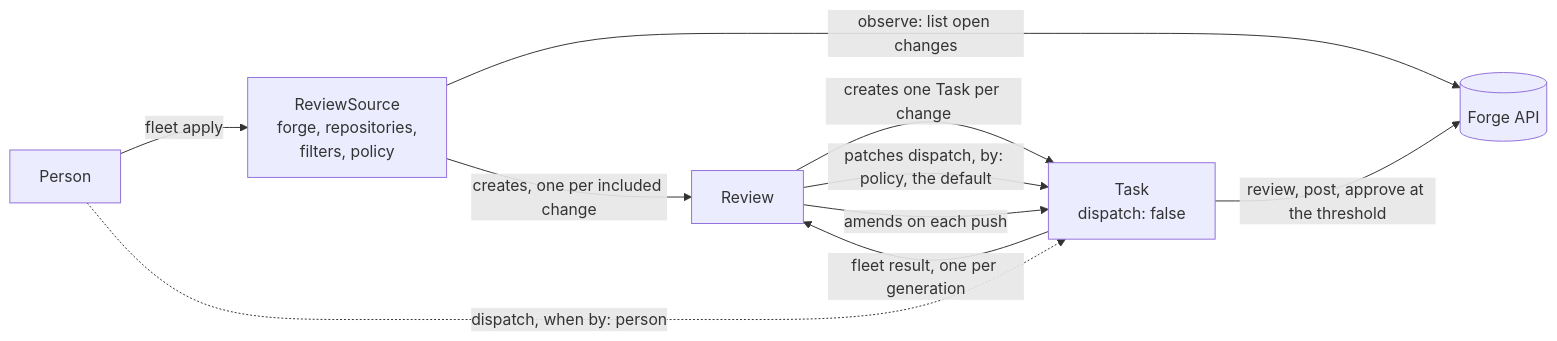
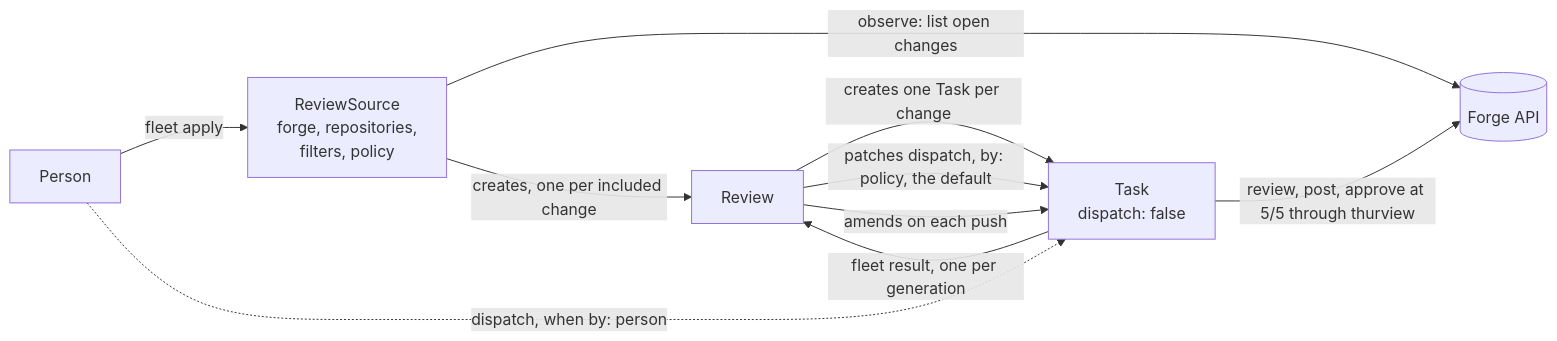
The diagram in docs/README.md (Thurbeen/fleet-reviewer), drawn with Mermaid before and after one commit. The commit also changed other lines of this file and 8 other files, not shown here.

First line of the commit message:
fix: approve only through thurview's --approve-at at 5/5 (#16)

````diff
--- a/docs/README.md
+++ b/docs/README.md
@@ -27,12 +27,12 @@
 ```mermaid
 flowchart LR
   P[Person] -->|fleet apply| S[ReviewSource<br/>forge, repositories,<br/>filters, policy]
   S -->|observe: list open changes| F[(Forge API)]
   S -->|creates, one per included change| R[Review]
   R -->|creates one Task per change| T[Task<br/>dispatch: false]
   R -->|patches dispatch, by: policy, the default| T
   R -->|amends on each push| T
   P -.->|dispatch, when by: person| T
-  T -->|review, post, approve at the threshold| F
+  T -->|review, post, approve at 5/5 through thurview| F
   T -->|fleet result, one per generation| R
 ```
````
